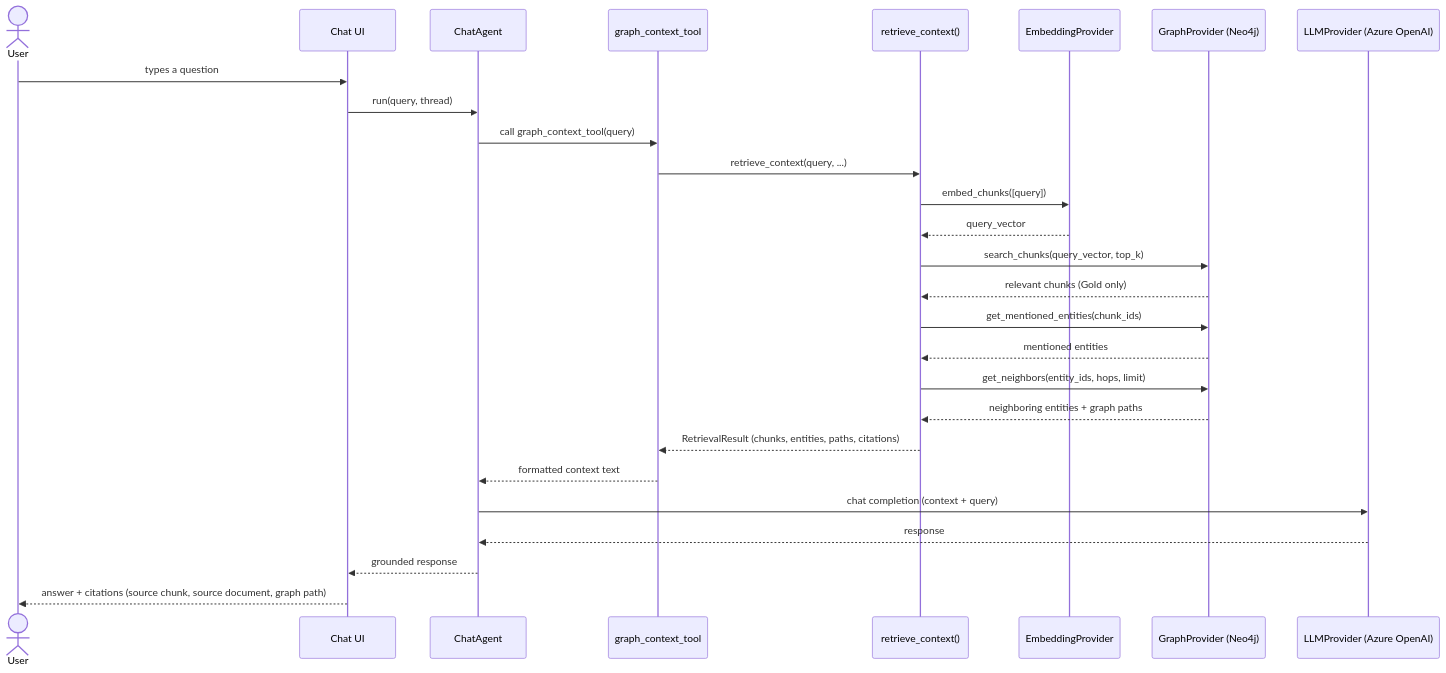
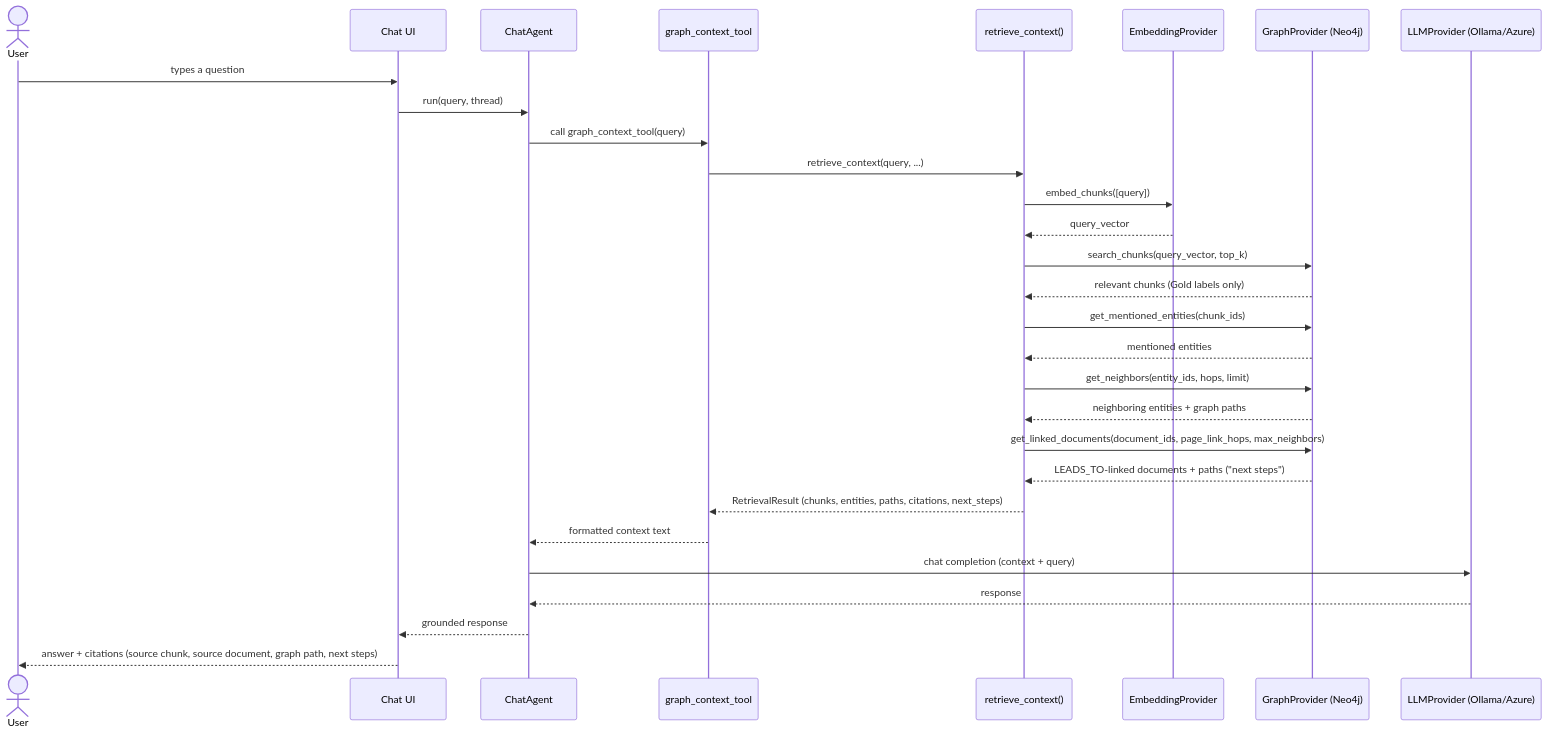
The second of 2 diagrams in docs/architecture/graphrag_retrieval.md (prigya-s/Unstructured-Data-to-graph), drawn with Mermaid before and after one commit. The commit also changed other lines of this file and 7 other files, not shown here.

Commit message:
Update architecture docs

````diff
--- a/docs/architecture/graphrag_retrieval.md
+++ b/docs/architecture/graphrag_retrieval.md
@@ -85,30 +94,32 @@
 ```mermaid
 sequenceDiagram
     actor User
     participant UI as Chat UI
     participant Agent as ChatAgent
     participant Tool as graph_context_tool
     participant Retrieval as retrieve_context()
     participant Embed as EmbeddingProvider
     participant Graph as GraphProvider (Neo4j)
-    participant LLM as LLMProvider (Azure OpenAI)
+    participant LLM as LLMProvider (Ollama/Azure)
 
     User->>UI: types a question
     UI->>Agent: run(query, thread)
     Agent->>Tool: call graph_context_tool(query)
     Tool->>Retrieval: retrieve_context(query, ...)
     Retrieval->>Embed: embed_chunks([query])
     Embed-->>Retrieval: query_vector
     Retrieval->>Graph: search_chunks(query_vector, top_k)
-    Graph-->>Retrieval: relevant chunks (Gold only)
+    Graph-->>Retrieval: relevant chunks (Gold labels only)
     Retrieval->>Graph: get_mentioned_entities(chunk_ids)
     Graph-->>Retrieval: mentioned entities
     Retrieval->>Graph: get_neighbors(entity_ids, hops, limit)
     Graph-->>Retrieval: neighboring entities + graph paths
-    Retrieval-->>Tool: RetrievalResult (chunks, entities, paths, citations)
+    Retrieval->>Graph: get_linked_documents(document_ids, page_link_hops, max_neighbors)
+    Graph-->>Retrieval: LEADS_TO-linked documents + paths ("next steps")
+    Retrieval-->>Tool: RetrievalResult (chunks, entities, paths, citations, next_steps)
     Tool-->>Agent: formatted context text
     Agent->>LLM: chat completion (context + query)
     LLM-->>Agent: response
     Agent-->>UI: grounded response
-    UI-->>User: answer + citations (source chunk, source document, graph path)
+    UI-->>User: answer + citations (source chunk, source document, graph path, next steps)
 ```
````
